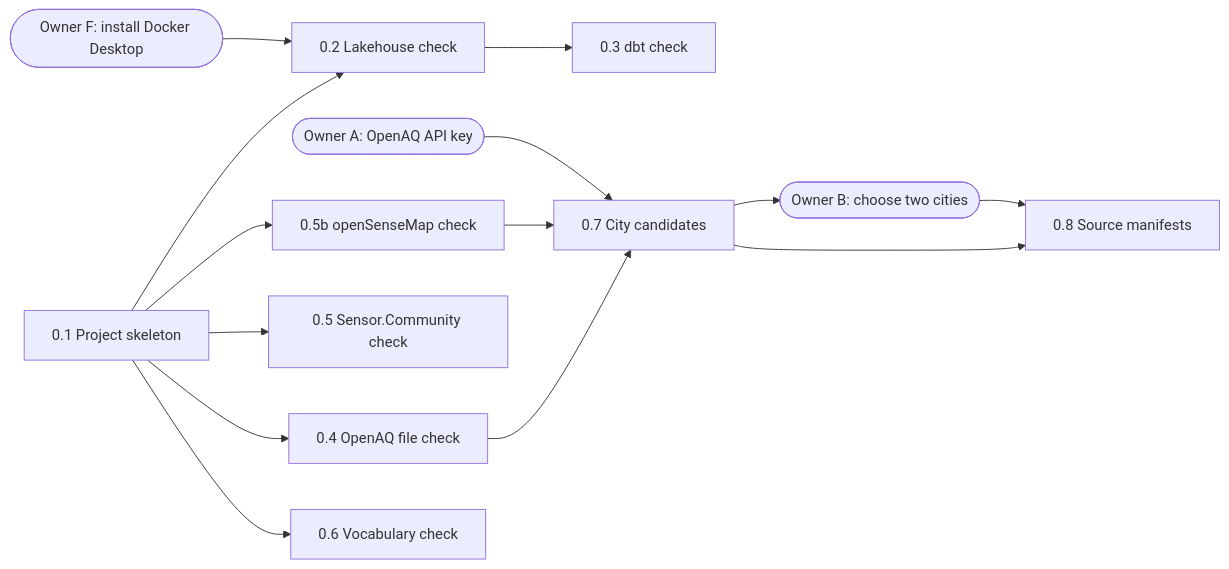
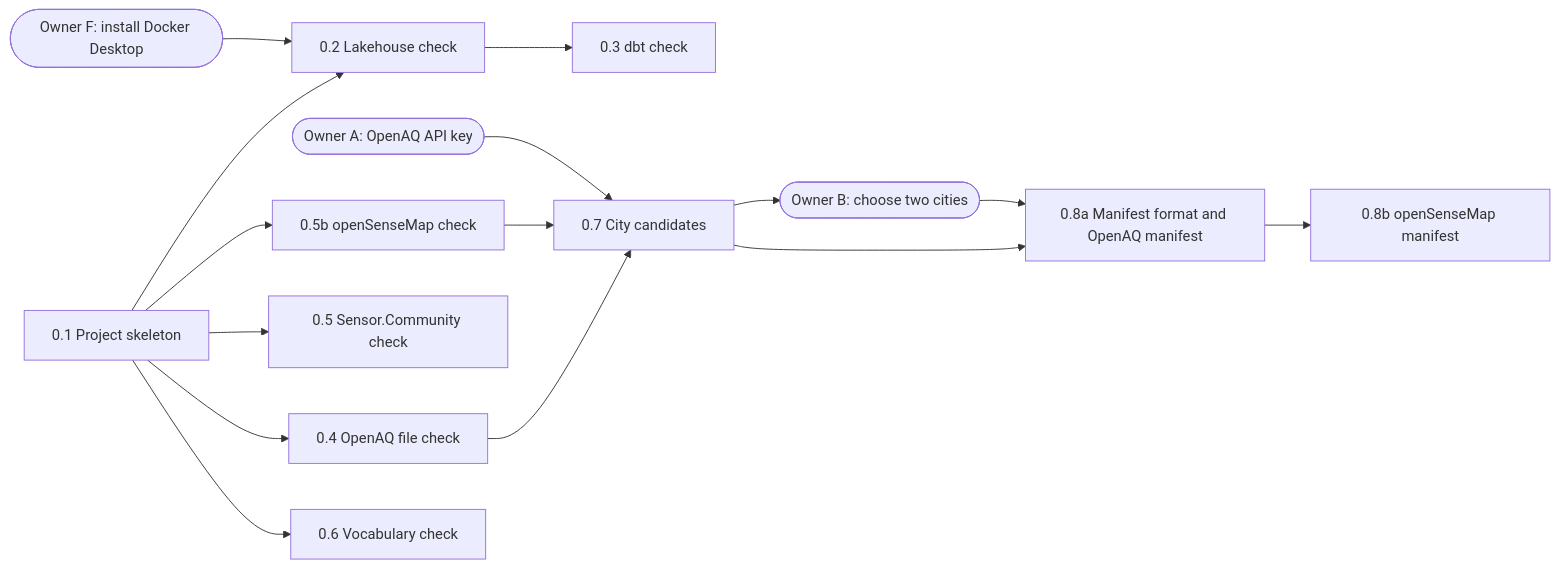
One commit to ShreyNiraula/air-quality-lakehouse changed the first of 6 diagrams in ROADMAP.md. Above: the diagram before and after it, drawn with Mermaid. The commit also changed other lines of this file and 5 other files, not shown here.

Commit message:
Write the OpenAQ manifest of the chosen monitors, and split task 0.8 in two

````diff
--- a/ROADMAP.md
+++ b/ROADMAP.md
@@ -25,28 +25,30 @@
 ```mermaid
 flowchart LR
   oA(["Owner A: OpenAQ API key"])
   oB(["Owner B: choose two cities"])
   oF(["Owner F: install Docker Desktop"])
   t0_1["0.1 Project skeleton"]
   t0_2["0.2 Lakehouse check"]
   t0_3["0.3 dbt check"]
   t0_4["0.4 OpenAQ file check"]
   t0_5["0.5 Sensor.Community check"]
   t0_5b["0.5b openSenseMap check"]
   t0_6["0.6 Vocabulary check"]
   t0_7["0.7 City candidates"]
-  t0_8["0.8 Source manifests"]
+  t0_8a["0.8a Manifest format and OpenAQ manifest"]
+  t0_8b["0.8b openSenseMap manifest"]
   t0_1 --> t0_2
   oF --> t0_2
   t0_1 --> t0_4
   t0_1 --> t0_5
   t0_1 --> t0_5b
   t0_1 --> t0_6
   t0_2 --> t0_3
   t0_4 --> t0_7
   t0_5b --> t0_7
   oA --> t0_7
   t0_7 --> oB
-  t0_7 --> t0_8
-  oB --> t0_8
+  t0_7 --> t0_8a
+  oB --> t0_8a
+  t0_8a --> t0_8b
 ```
````
